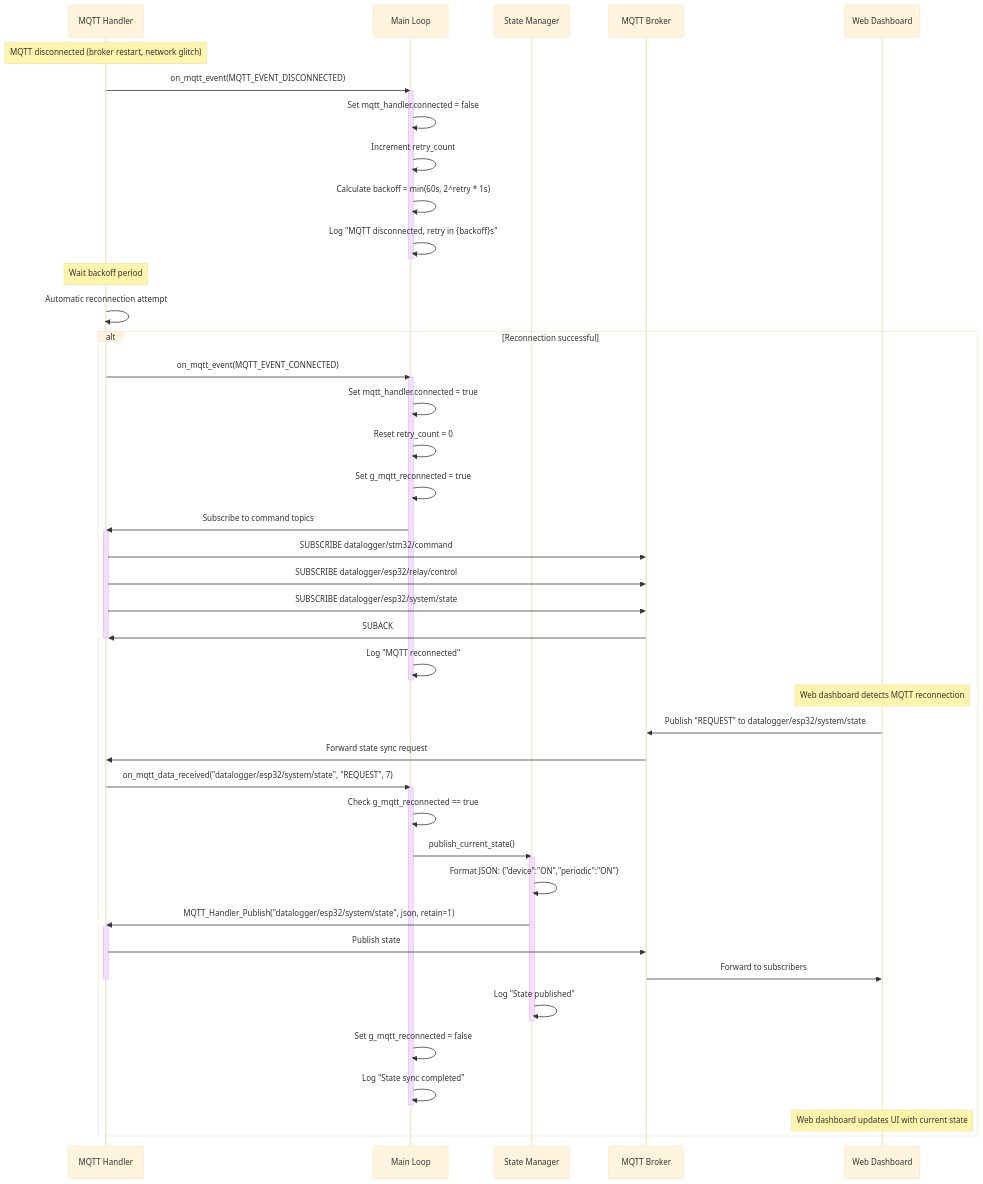
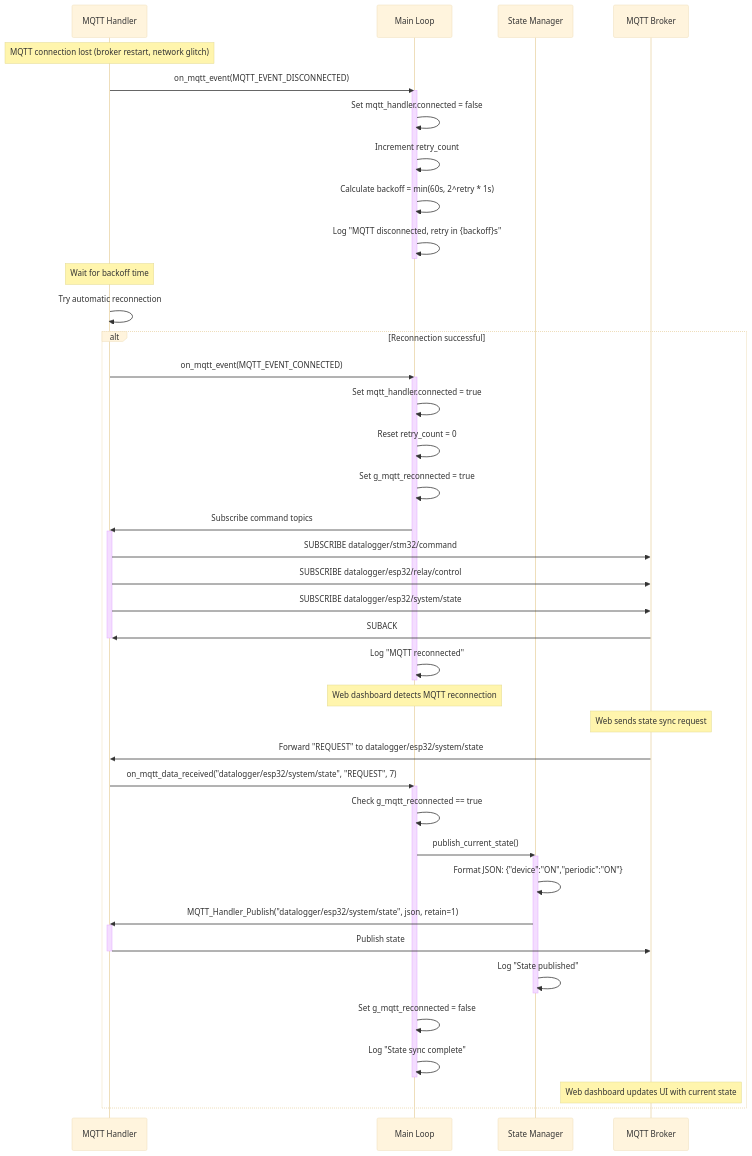
The seventh of 7 diagrams in documents/ESP32/SEQUENCE_DIAGRAM_ESP32.md (meeTeam05/datalogger), drawn with Mermaid (base theme) before and after one commit. The commit also changed other lines of this file and 5 other files, not shown here.

Commit message:
Complete ESP32 and STM32 documentation reorganization in English

````diff
--- a/documents/ESP32/SEQUENCE_DIAGRAM_ESP32.md
+++ b/documents/ESP32/SEQUENCE_DIAGRAM_ESP32.md
@@ -568,67 +510,65 @@
 ```mermaid
 sequenceDiagram
     participant MQTT as MQTT Handler
     participant Main as Main Loop
     participant State as State Manager
     participant Broker as MQTT Broker
-    participant Web as Web Dashboard
     
-    Note over MQTT: MQTT disconnected (broker restart, network glitch)
+    Note over MQTT: MQTT connection lost (broker restart, network glitch)
     
     MQTT->>Main: on_mqtt_event(MQTT_EVENT_DISCONNECTED)
     activate Main
     Main->>Main: Set mqtt_handler.connected = false
     Main->>Main: Increment retry_count
     Main->>Main: Calculate backoff = min(60s, 2^retry * 1s)
     Main->>Main: Log "MQTT disconnected, retry in {backoff}s"
     deactivate Main
     
-    Note over MQTT: Wait backoff period
+    Note over MQTT: Wait for backoff time
     
-    MQTT->>MQTT: Automatic reconnection attempt
+    MQTT->>MQTT: Try automatic reconnection
     
     alt Reconnection successful
         MQTT->>Main: on_mqtt_event(MQTT_EVENT_CONNECTED)
         activate Main
         Main->>Main: Set mqtt_handler.connected = true
         Main->>Main: Reset retry_count = 0
         Main->>Main: Set g_mqtt_reconnected = true
         
-        Main->>MQTT: Subscribe to command topics
+        Main->>MQTT: Subscribe command topics
         activate MQTT
         MQTT->>Broker: SUBSCRIBE datalogger/stm32/command
         MQTT->>Broker: SUBSCRIBE datalogger/esp32/relay/control
         MQTT->>Broker: SUBSCRIBE datalogger/esp32/system/state
         Broker->>MQTT: SUBACK
         deactivate MQTT
         
         Main->>Main: Log "MQTT reconnected"
         deactivate Main
         
-        Note over Web: Web dashboard detects MQTT reconnection
+        Note over Main: Web dashboard detects MQTT reconnection
         
-        Web->>Broker: Publish "REQUEST" to datalogger/esp32/system/state
-        Broker->>MQTT: Forward state sync request
+        Note over Broker: Web sends state sync request
+        Broker->>MQTT: Forward "REQUEST" to datalogger/esp32/system/state
         
         MQTT->>Main: on_mqtt_data_received("datalogger/esp32/system/state", "REQUEST", 7)
         activate Main
         Main->>Main: Check g_mqtt_reconnected == true
         
         Main->>State: publish_current_state()
         activate State
         State->>State: Format JSON: {"device":"ON","periodic":"ON"}
         State->>MQTT: MQTT_Handler_Publish("datalogger/esp32/system/state", json, retain=1)
         activate MQTT
         MQTT->>Broker: Publish state
-        Broker->>Web: Forward to subscribers
         deactivate MQTT
         State->>State: Log "State published"
         deactivate State
         
         Main->>Main: Set g_mqtt_reconnected = false
-        Main->>Main: Log "State sync completed"
+        Main->>Main: Log "State sync complete"
         deactivate Main
         
-        Note over Web: Web dashboard updates UI with current state
+        Note over Broker: Web dashboard updates UI with current state
     end
 ```
````
